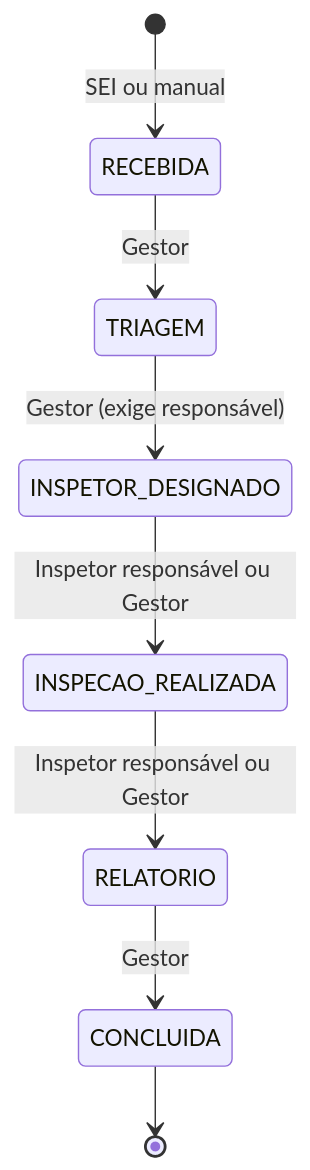
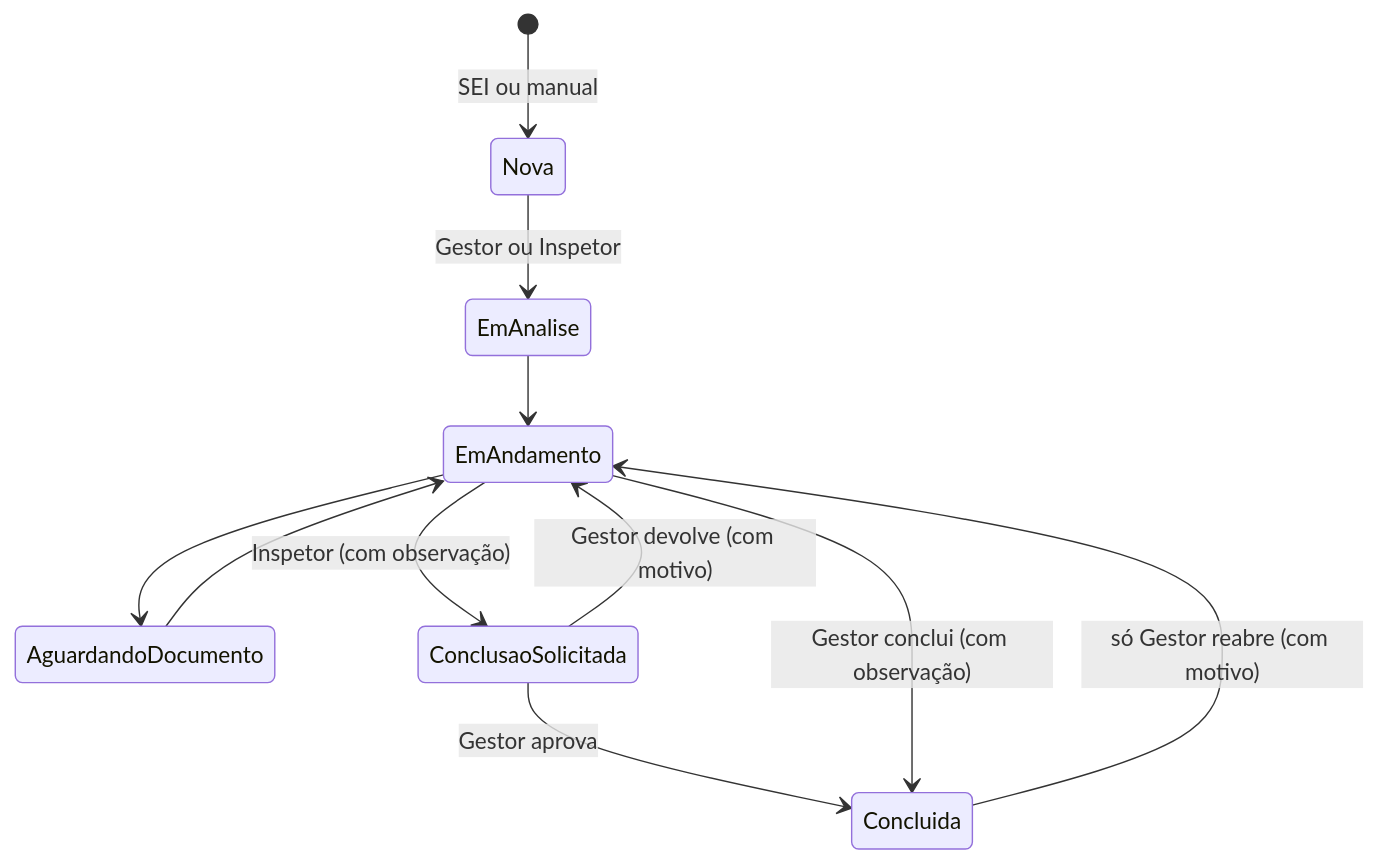
The third of 3 diagrams in docs/arquitetura.md (lucasdeSrodrigues/VISAT-Manager), drawn with Mermaid before and after one commit. The commit also changed other lines of this file and 4 other files, not shown here.

````diff
--- a/docs/arquitetura.md
+++ b/docs/arquitetura.md
@@ -61,10 +70,13 @@
 ```mermaid
 stateDiagram-v2
-    [*] --> RECEBIDA: SEI ou manual
-    RECEBIDA --> TRIAGEM: Gestor
-    TRIAGEM --> INSPETOR_DESIGNADO: Gestor (exige responsável)
-    INSPETOR_DESIGNADO --> INSPECAO_REALIZADA: Inspetor responsável ou Gestor
-    INSPECAO_REALIZADA --> RELATORIO: Inspetor responsável ou Gestor
-    RELATORIO --> CONCLUIDA: Gestor
-    CONCLUIDA --> [*]
+    [*] --> Nova: SEI ou manual
+    Nova --> EmAnalise: Gestor ou Inspetor
+    EmAnalise --> EmAndamento
+    EmAndamento --> AguardandoDocumento
+    AguardandoDocumento --> EmAndamento
+    EmAndamento --> ConclusaoSolicitada: Inspetor (com observação)
+    ConclusaoSolicitada --> EmAndamento: Gestor devolve (com motivo)
+    ConclusaoSolicitada --> Concluida: Gestor aprova
+    EmAndamento --> Concluida: Gestor conclui (com observação)
+    Concluida --> EmAndamento: só Gestor reabre (com motivo)
 ```
````
